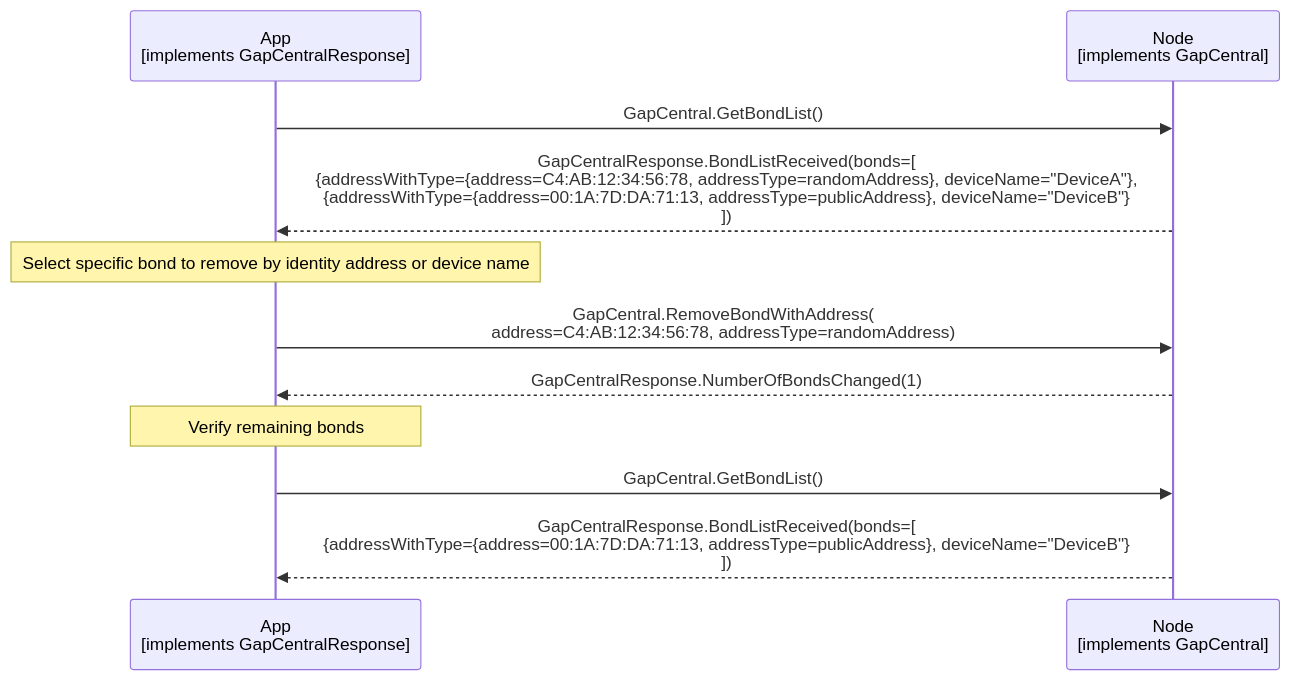
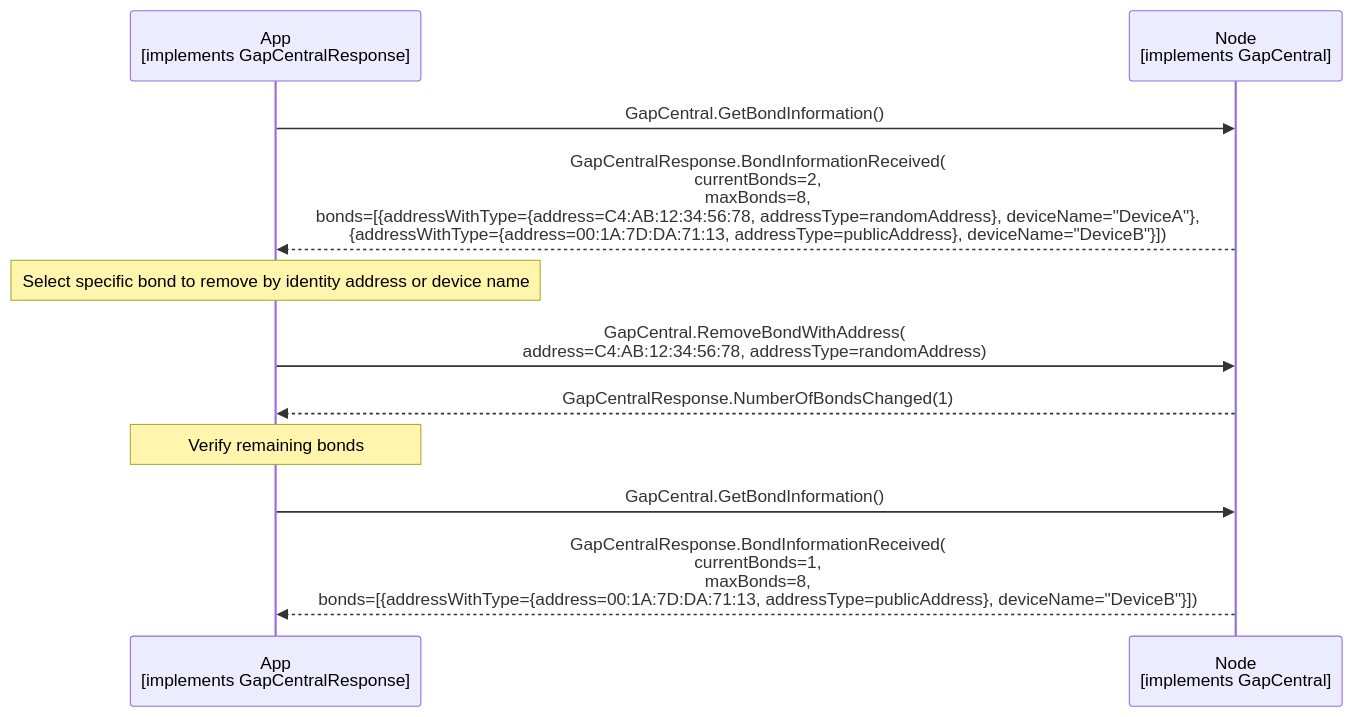
Before and after one commit to philips-software/amp-embedded-infra-lib: the diagram in documents/modules/ROOT/partials/echoservices/gap_central/GapCentral_SelectiveBondRemoval_sequence.mmd, drawn with Mermaid. The commit also changed 8 other files, not shown here.

Commit message:
update adoc and mermaid diagrams

```diff
--- a/documents/modules/ROOT/partials/echoservices/gap_central/GapCentral_SelectiveBondRemoval_sequence.mmd
+++ b/documents/modules/ROOT/partials/echoservices/gap_central/GapCentral_SelectiveBondRemoval_sequence.mmd
@@ -1,16 +1,16 @@
 sequenceDiagram
     participant App as App<br>[implements GapCentralResponse]
     participant Node as Node<br>[implements GapCentral]
 
-    App->>Node: GapCentral.GetBondList()
-    Node-->>App: GapCentralResponse.BondListReceived(bonds=[<br>{addressWithType={address=C4:AB:12:34:56:78, addressType=randomAddress}, deviceName="DeviceA"},<br>{addressWithType={address=00:1A:7D:DA:71:13, addressType=publicAddress}, deviceName="DeviceB"}<br>])
+    App->>Node: GapCentral.GetBondInformation()
+    Node-->>App: GapCentralResponse.BondInformationReceived(<br>currentBonds=2,<br>maxBonds=8,<br>bonds=[{addressWithType={address=C4:AB:12:34:56:78, addressType=randomAddress}, deviceName="DeviceA"},<br>{addressWithType={address=00:1A:7D:DA:71:13, addressType=publicAddress}, deviceName="DeviceB"}])
 
     Note over App: Select specific bond to remove by identity address or device name 
 
     App->>Node: GapCentral.RemoveBondWithAddress(<br>address=C4:AB:12:34:56:78, addressType=randomAddress)
     Node-->>App: GapCentralResponse.NumberOfBondsChanged(1)
 
     Note over App: Verify remaining bonds
 
-    App->>Node: GapCentral.GetBondList()
-    Node-->>App: GapCentralResponse.BondListReceived(bonds=[<br>{addressWithType={address=00:1A:7D:DA:71:13, addressType=publicAddress}, deviceName="DeviceB"}<br>])
+    App->>Node: GapCentral.GetBondInformation()
+    Node-->>App: GapCentralResponse.BondInformationReceived(<br>currentBonds=1,<br>maxBonds=8,<br>bonds=[{addressWithType={address=00:1A:7D:DA:71:13, addressType=publicAddress}, deviceName="DeviceB"}])
```
